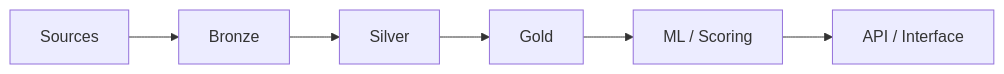
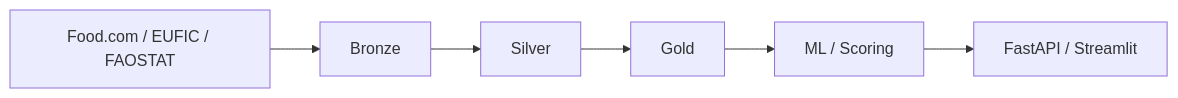
Before and after one commit to benstL/benstL: the diagram in README.md, drawn with Mermaid. The commit also changed other lines of this file, not shown here.

````diff
--- a/README.md
+++ b/README.md
@@ -45,8 +46,8 @@
 ```mermaid
 flowchart LR
-    A[Sources] --> B[Bronze]
-    B --> C[Silver]
-    C --> D[Gold]
-    D --> E[ML / Scoring]
-    E --> F[API / Interface]
+  A[Food.com / EUFIC / FAOSTAT] --> B[Bronze]
+  B --> C[Silver]
+  C --> D[Gold]
+  D --> E[ML / Scoring]
+  E --> F[FastAPI / Streamlit]
 ```
````
